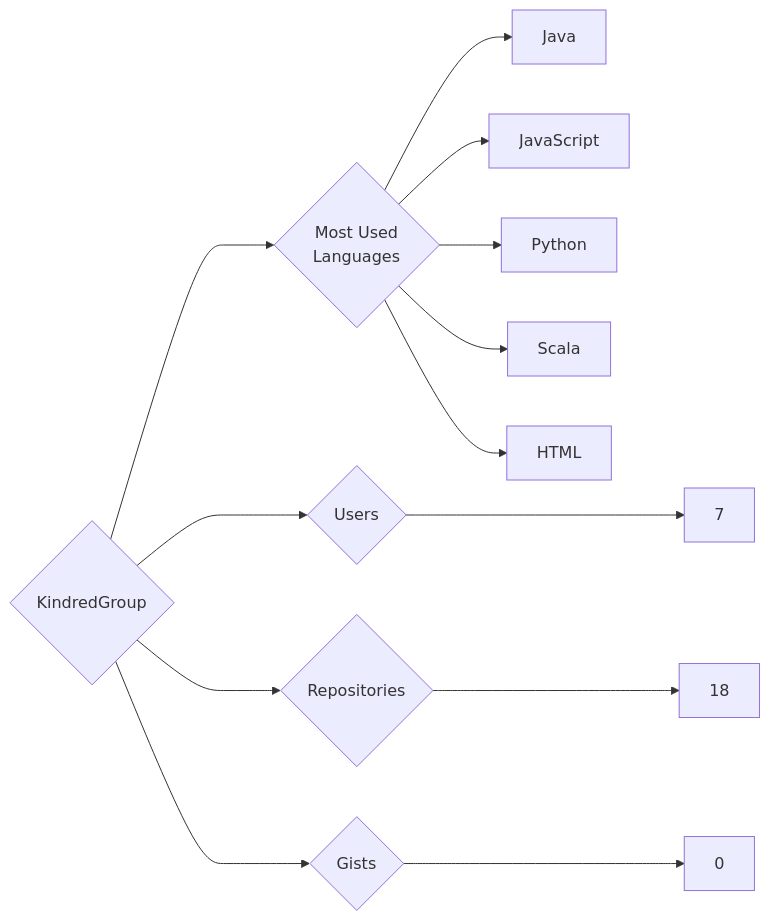
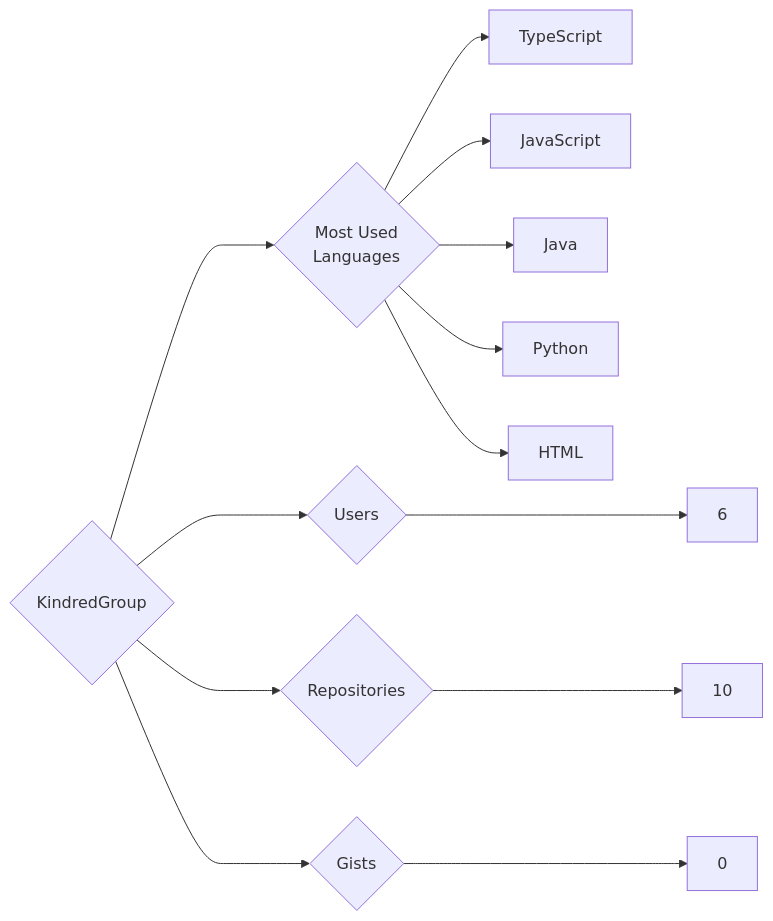
Before and after one commit to trickest/insiders: the diagram in targets/KindredGroup/README.md, drawn with Mermaid. The commit also changed 1195 other files, not shown here.

````diff
--- a/targets/KindredGroup/README.md
+++ b/targets/KindredGroup/README.md
@@ -3,13 +3,13 @@
 ```mermaid
 graph LR
 COMPANY_NAME{KindredGroup}
-COMPANY_NAME ---> U{Users} ---> UN[7]
-COMPANY_NAME ---> R{Repositories} ---> RN[18]
+COMPANY_NAME ---> U{Users} ---> UN[6]
+COMPANY_NAME ---> R{Repositories} ---> RN[10]
 COMPANY_NAME ---> G{Gists} ---> GN[0]
 COMPANY_NAME ---> ML{Most Used<br>Languages}
+ML --> TypeScript[TypeScript]
+ML --> JavaScript[JavaScript]
 ML --> Java[Java]
-ML --> JavaScript[JavaScript]
 ML --> Python[Python]
-ML --> Scala[Scala]
 ML --> HTML[HTML]
 ```
````
